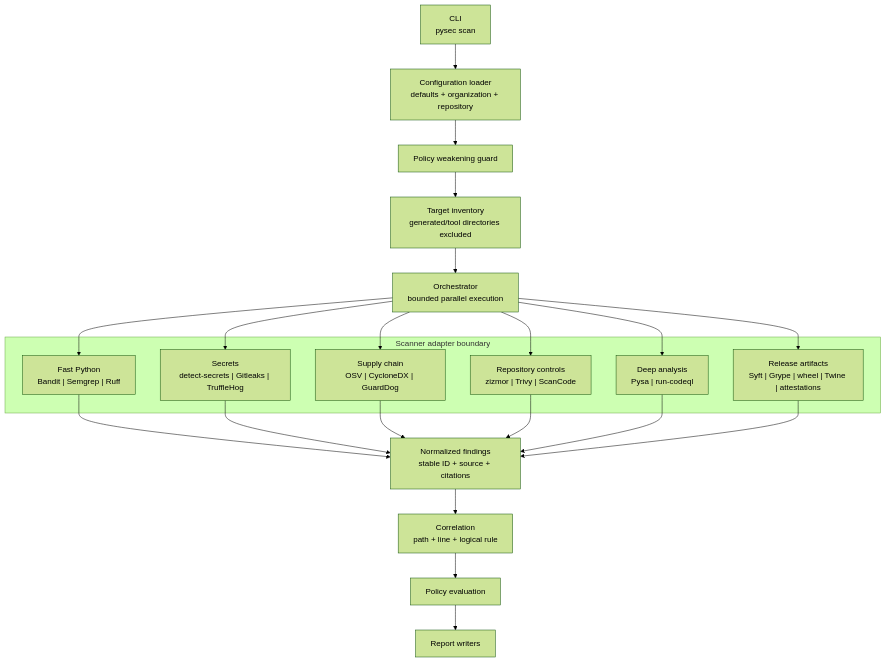
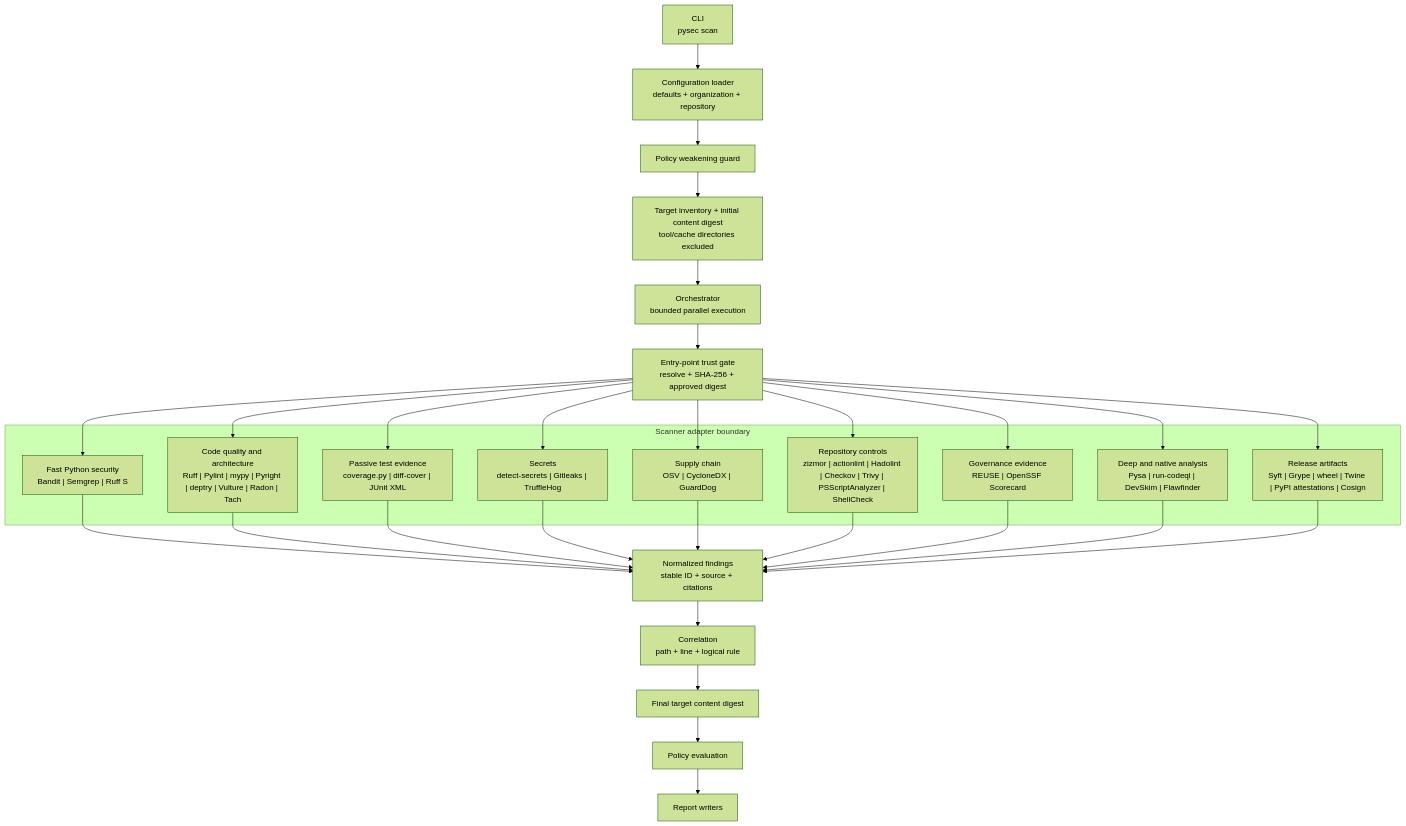
The third of 8 diagrams in docs/design.md (willtran87/project-py-security-suite), drawn with Mermaid (forest theme) before and after one commit. The commit also changed other lines of this file and 140 other files, not shown here.

Commit message:
Mature offline security and repository assurance suite

````diff
--- a/docs/design.md
+++ b/docs/design.md
@@ -69,37 +90,48 @@
 ```mermaid
 flowchart TD
     CLI["CLI<br/>pysec scan"]
     Config["Configuration loader<br/>defaults + organization + repository"]
     Guard["Policy weakening guard"]
-    Inventory["Target inventory<br/>generated/tool directories excluded"]
+    Inventory["Target inventory + initial content digest<br/>tool/cache directories excluded"]
     Orchestrator["Orchestrator<br/>bounded parallel execution"]
+    ToolTrust["Entry-point trust gate<br/>resolve + SHA-256 + approved digest"]
+    FinalSnapshot["Final target content digest"]
 
     subgraph Adapters["Scanner adapter boundary"]
-        Fast["Fast Python<br/>Bandit | Semgrep | Ruff"]
+        Fast["Fast Python security<br/>Bandit | Semgrep | Ruff S"]
+        Quality["Code quality and architecture<br/>Ruff | Pylint | mypy | Pyright | deptry | Vulture | Radon | Tach"]
+        Tests["Passive test evidence<br/>coverage.py | diff-cover | JUnit XML"]
         Secrets["Secrets<br/>detect-secrets | Gitleaks | TruffleHog"]
         Supply["Supply chain<br/>OSV | CycloneDX | GuardDog"]
-        Pipeline["Repository controls<br/>zizmor | Trivy | ScanCode"]
-        Deep["Deep analysis<br/>Pysa | run-codeql"]
-        Artifact["Release artifacts<br/>Syft | Grype | wheel | Twine | attestations"]
+        Pipeline["Repository controls<br/>zizmor | actionlint | Hadolint | Checkov | Trivy | PSScriptAnalyzer | ShellCheck"]
+        Governance["Governance evidence<br/>REUSE | OpenSSF Scorecard"]
+        Deep["Deep and native analysis<br/>Pysa | run-codeql | DevSkim | Flawfinder"]
+        Artifact["Release artifacts<br/>Syft | Grype | wheel | Twine | PyPI attestations | Cosign"]
     end
 
     Normalize["Normalized findings<br/>stable ID + source + citations"]
     Correlate["Correlation<br/>path + line + logical rule"]
     Policy["Policy evaluation"]
     Report["Report writers"]
 
-    CLI --> Config --> Guard --> Inventory --> Orchestrator
-    Orchestrator --> Fast
-    Orchestrator --> Secrets
-    Orchestrator --> Supply
-    Orchestrator --> Pipeline
-    Orchestrator --> Deep
-    Orchestrator --> Artifact
+    CLI --> Config --> Guard --> Inventory --> Orchestrator --> ToolTrust
+    ToolTrust --> Fast
+    ToolTrust --> Quality
+    ToolTrust --> Tests
+    ToolTrust --> Secrets
+    ToolTrust --> Supply
+    ToolTrust --> Pipeline
+    ToolTrust --> Governance
+    ToolTrust --> Deep
+    ToolTrust --> Artifact
     Fast --> Normalize
+    Quality --> Normalize
+    Tests --> Normalize
     Secrets --> Normalize
     Supply --> Normalize
     Pipeline --> Normalize
+    Governance --> Normalize
     Deep --> Normalize
     Artifact --> Normalize
-    Normalize --> Correlate --> Policy --> Report
+    Normalize --> Correlate --> FinalSnapshot --> Policy --> Report
 ```
````
